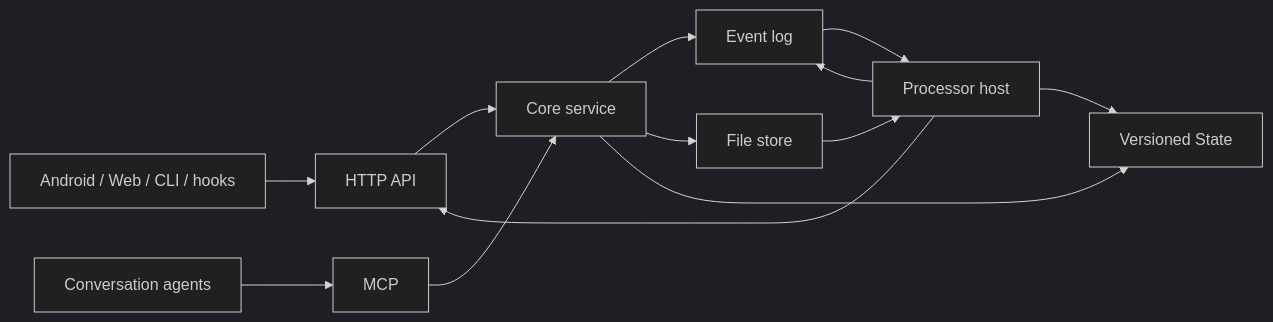
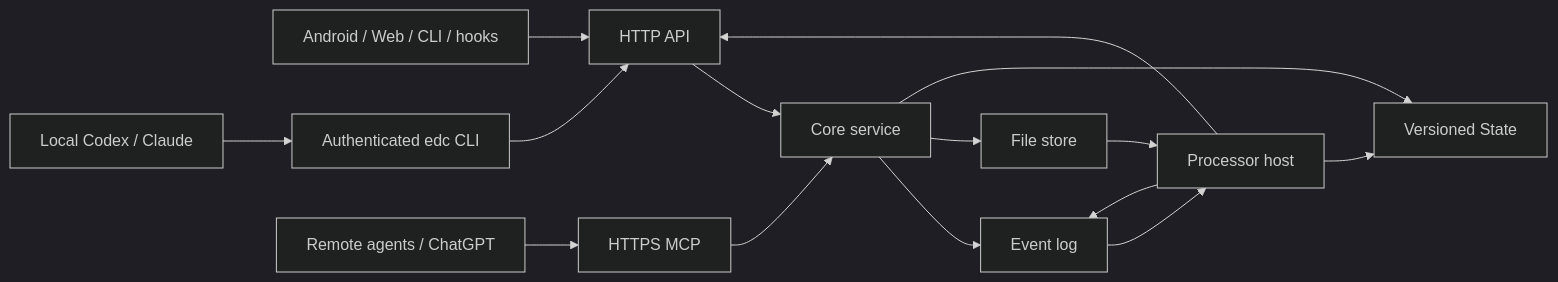
One commit to flyfy1/event-driven-context changed the diagram in docs/technical-design.md. Above: the diagram before and after it, drawn with Mermaid (dark theme). The commit also changed other lines of this file and 22 other files, not shown here.

Commit message:
Use the EDC CLI for local agents

````diff
--- a/docs/technical-design.md
+++ b/docs/technical-design.md
@@ -24,15 +24,17 @@
 ```mermaid
 flowchart LR
     Clients[Android / Web / CLI / hooks] --> API[HTTP API]
-    Agents[Conversation agents] --> MCP[MCP]
+    LocalAgents[Local Codex / Claude] --> CLI[Authenticated edc CLI]
+    CLI --> API
+    RemoteAgents[Remote agents / ChatGPT] --> MCP[HTTPS MCP]
     API --> Core[Core service]
     MCP --> Core
     Core --> Events[Event log]
     Core --> Files[File store]
     Core --> States[Versioned State]
     Host[Processor host] --> API
     Events --> Host
     Files --> Host
     Host --> Events
     Host --> States
 ```
````
